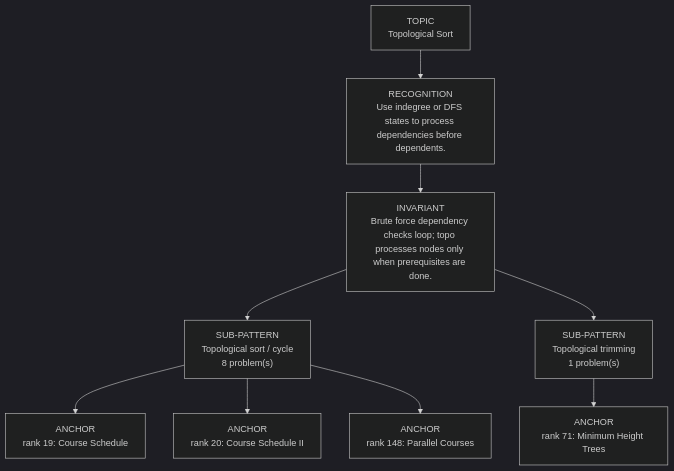
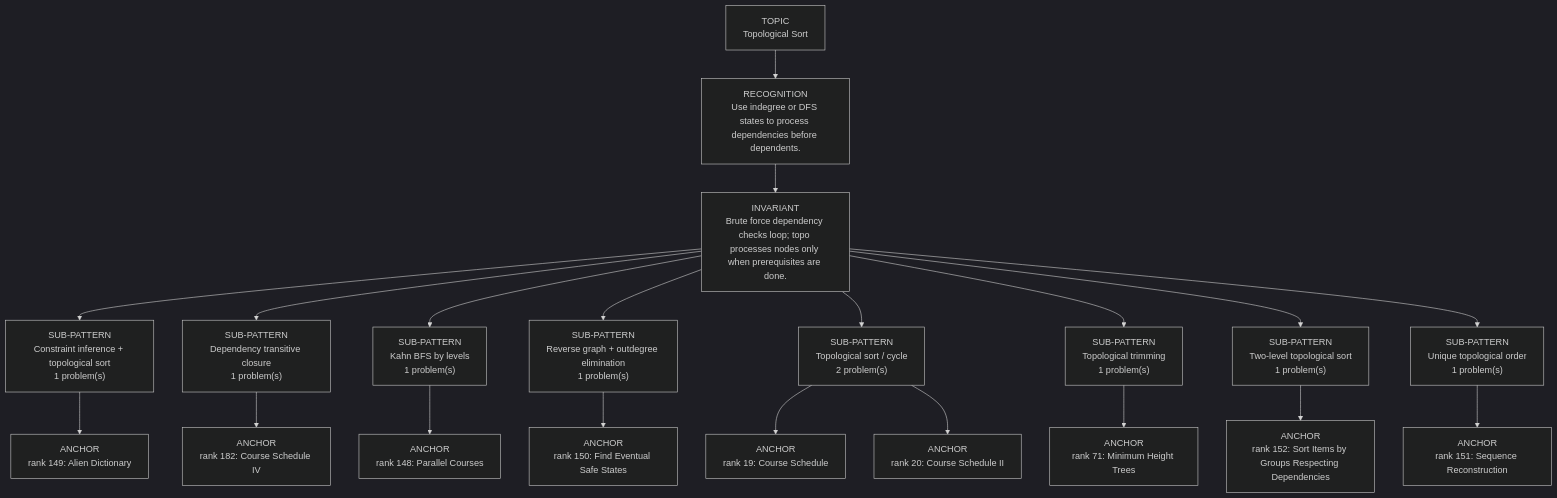
One commit to thechiranjeevjain/DSA10days changed the diagram in dsa-review/interview/patterns/11_topological_sort.md. Above: the diagram before and after it, drawn with Mermaid (dark theme). The commit also changed other lines of this file and 37 other files, not shown here.

````diff
--- a/dsa-review/interview/patterns/11_topological_sort.md
+++ b/dsa-review/interview/patterns/11_topological_sort.md
@@ -15,13 +15,24 @@
 ```mermaid
 flowchart TD
   Topic["TOPIC<br/>Topological Sort"]
   Recognition["RECOGNITION<br/>Use indegree or DFS states to process dependencies before dependents."]
   Invariant["INVARIANT<br/>Brute force dependency checks loop; topo processes nodes only when prerequisites are done."]
   Topic --> Recognition --> Invariant
-  Invariant --> Sub01["SUB-PATTERN<br/>Topological sort / cycle<br/>8 problem(s)"]
-  Sub01 --> Sub01A01["ANCHOR<br/>rank 19: Course Schedule"]
-  Sub01 --> Sub01A02["ANCHOR<br/>rank 20: Course Schedule II"]
-  Sub01 --> Sub01A03["ANCHOR<br/>rank 148: Parallel Courses"]
-  Invariant --> Sub02["SUB-PATTERN<br/>Topological trimming<br/>1 problem(s)"]
-  Sub02 --> Sub02A01["ANCHOR<br/>rank 71: Minimum Height Trees"]
+  Invariant --> Sub01["SUB-PATTERN<br/>Constraint inference + topological sort<br/>1 problem(s)"]
+  Sub01 --> Sub01A01["ANCHOR<br/>rank 149: Alien Dictionary"]
+  Invariant --> Sub02["SUB-PATTERN<br/>Dependency transitive closure<br/>1 problem(s)"]
+  Sub02 --> Sub02A01["ANCHOR<br/>rank 182: Course Schedule IV"]
+  Invariant --> Sub03["SUB-PATTERN<br/>Kahn BFS by levels<br/>1 problem(s)"]
+  Sub03 --> Sub03A01["ANCHOR<br/>rank 148: Parallel Courses"]
+  Invariant --> Sub04["SUB-PATTERN<br/>Reverse graph + outdegree elimination<br/>1 problem(s)"]
+  Sub04 --> Sub04A01["ANCHOR<br/>rank 150: Find Eventual Safe States"]
+  Invariant --> Sub05["SUB-PATTERN<br/>Topological sort / cycle<br/>2 problem(s)"]
+  Sub05 --> Sub05A01["ANCHOR<br/>rank 19: Course Schedule"]
+  Sub05 --> Sub05A02["ANCHOR<br/>rank 20: Course Schedule II"]
+  Invariant --> Sub06["SUB-PATTERN<br/>Topological trimming<br/>1 problem(s)"]
+  Sub06 --> Sub06A01["ANCHOR<br/>rank 71: Minimum Height Trees"]
+  Invariant --> Sub07["SUB-PATTERN<br/>Two-level topological sort<br/>1 problem(s)"]
+  Sub07 --> Sub07A01["ANCHOR<br/>rank 152: Sort Items by Groups Respecting Dependencies"]
+  Invariant --> Sub08["SUB-PATTERN<br/>Unique topological order<br/>1 problem(s)"]
+  Sub08 --> Sub08A01["ANCHOR<br/>rank 151: Sequence Reconstruction"]
 ```
````
